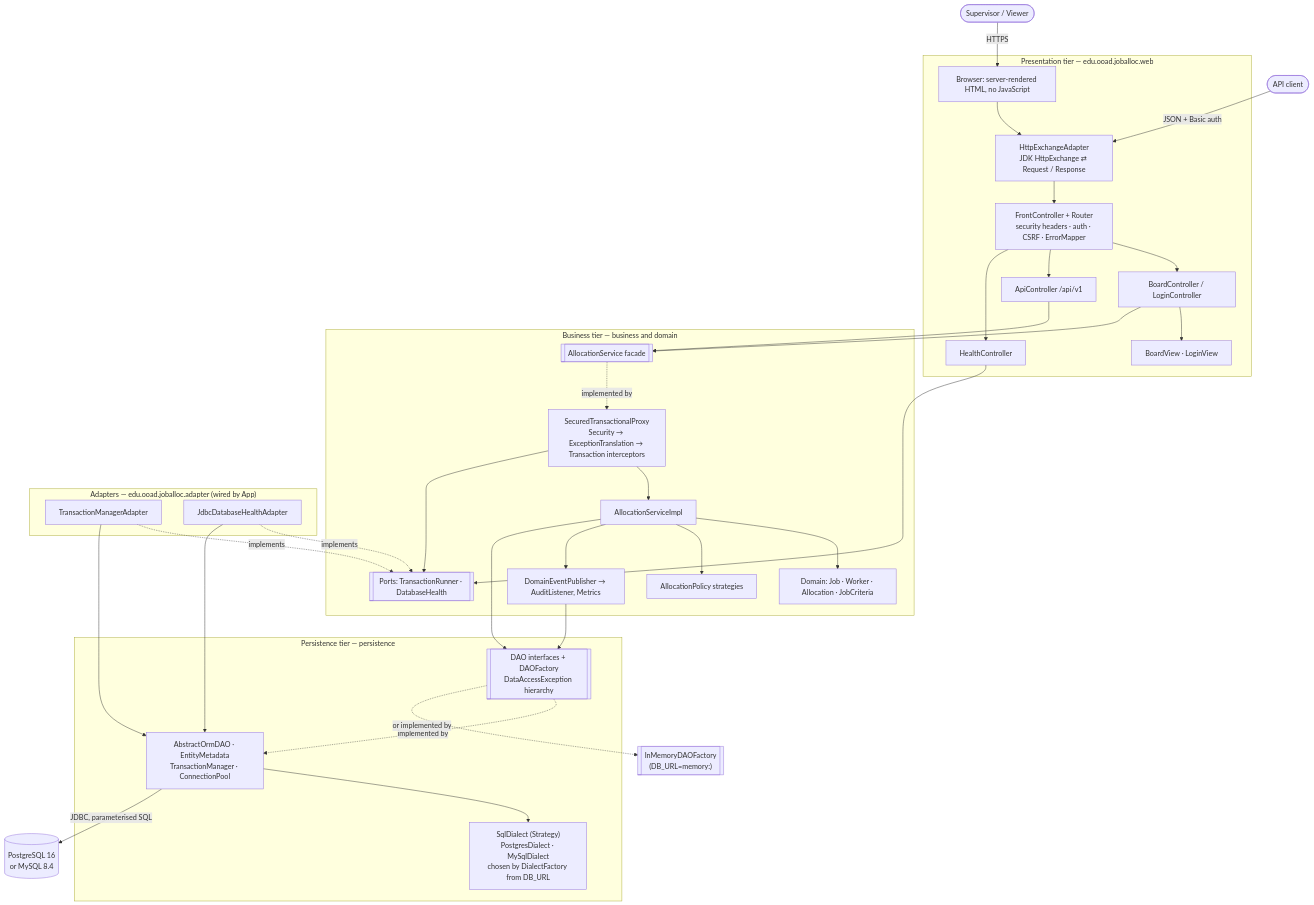
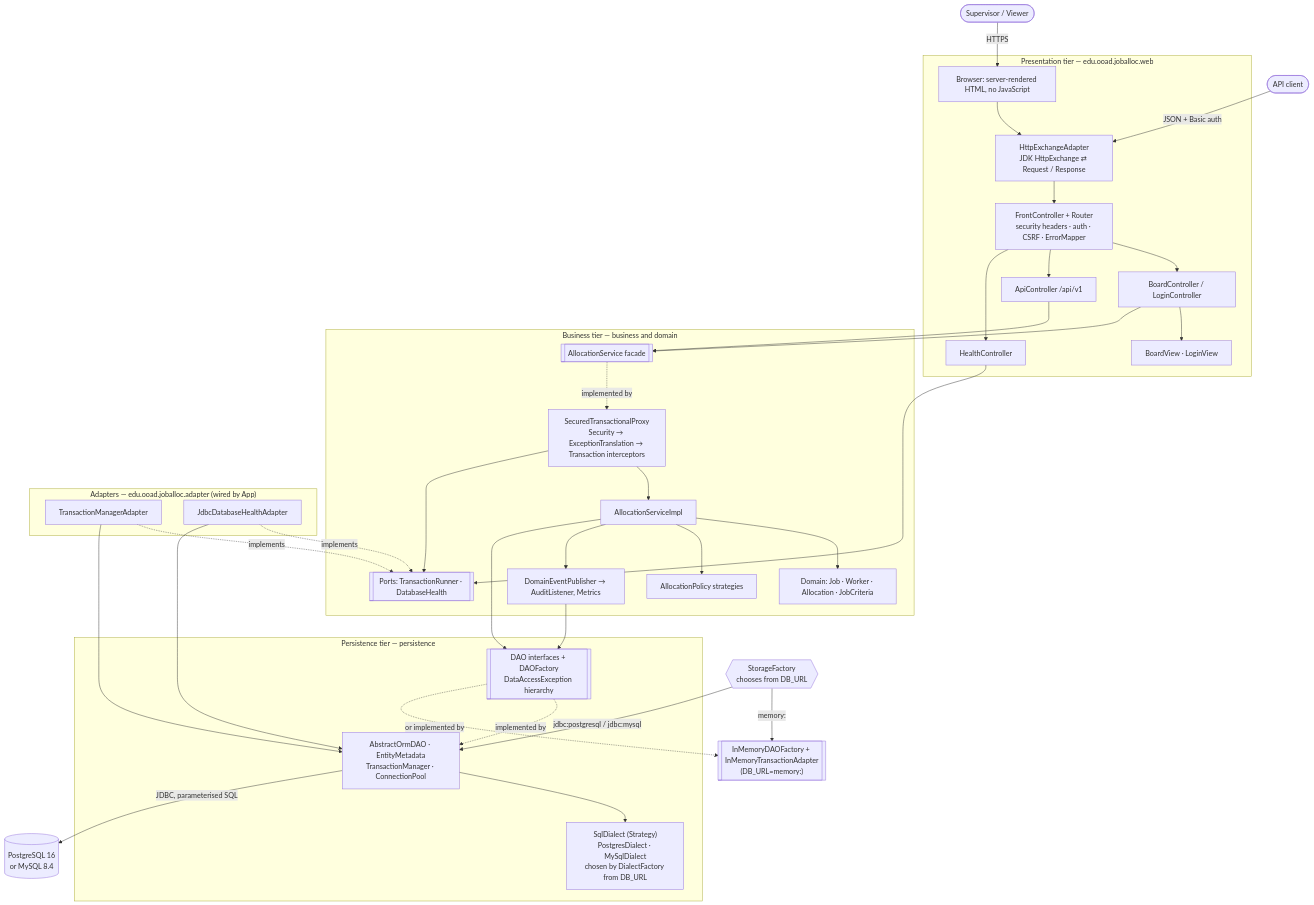
One commit to jaricsng/ooad-3tier-job-allocation changed the first of 4 diagrams in app/docs/architecture.md. Above: the diagram before and after it, drawn with Mermaid. The commit also changed other lines of this file and 116 other files, not shown here.

First line of the commit message:
docs: show PostgreSQL, MySQL and in-memory storage switched by DB_URL in all diagrams and materials (#2)

````diff
--- a/app/docs/architecture.md
+++ b/app/docs/architecture.md
@@ -7,55 +7,58 @@
 ```mermaid
 flowchart TB
     U(["Supervisor / Viewer"]) -->|HTTPS| B["Browser: server-rendered HTML, no JavaScript"]
     C(["API client"]) -->|JSON + Basic auth| HX
 
     subgraph P["Presentation tier — edu.ooad.joballoc.web"]
         B --> HX["HttpExchangeAdapter<br/>JDK HttpExchange ⇄ Request / Response"]
         HX --> FC["FrontController + Router<br/>security headers · auth · CSRF · ErrorMapper"]
         FC --> BC["BoardController / LoginController"]
         FC --> AC["ApiController /api/v1"]
         FC --> HC["HealthController"]
         BC --> V["BoardView · LoginView"]
     end
 
     subgraph BT["Business tier — business and domain"]
         F[["AllocationService facade"]]
         PX["SecuredTransactionalProxy<br/>Security → ExceptionTranslation → Transaction interceptors"]
         S["AllocationServiceImpl"]
         POL["AllocationPolicy strategies"]
         EV["DomainEventPublisher → AuditListener, Metrics"]
         D["Domain: Job · Worker · Allocation · JobCriteria"]
         PORT[["Ports: TransactionRunner · DatabaseHealth"]]
         BC --> F
         AC --> F
         HC --> PORT
         F -.implemented by.-> PX --> S
         PX --> PORT
         S --> D
         S --> POL
         S --> EV
     end
 
     subgraph PT["Persistence tier — persistence"]
         DAO[["DAO interfaces + DAOFactory<br/>DataAccessException hierarchy"]]
         ORM["AbstractOrmDAO · EntityMetadata<br/>TransactionManager · ConnectionPool"]
         DIA["SqlDialect (Strategy)<br/>PostgresDialect · MySqlDialect<br/>chosen by DialectFactory from DB_URL"]
         S --> DAO
         EV --> DAO
         DAO -.implemented by.-> ORM
         ORM --> DIA
     end
 
     subgraph AD["Adapters — edu.ooad.joballoc.adapter (wired by App)"]
         TMA["TransactionManagerAdapter"]
         JDH["JdbcDatabaseHealthAdapter"]
     end
     TMA -.implements.-> PORT
     JDH -.implements.-> PORT
     TMA --> ORM
     JDH --> ORM
 
     ORM -->|JDBC, parameterised SQL| DB[("PostgreSQL 16<br/>or MySQL 8.4")]
-    MEM[["InMemoryDAOFactory<br/>(DB_URL=memory:)"]]
+    MEM[["InMemoryDAOFactory + InMemoryTransactionAdapter<br/>(DB_URL=memory:)"]]
     DAO -.or implemented by.-> MEM
+    SF{{"StorageFactory<br/>chooses from DB_URL"}}
+    SF -->|jdbc:postgresql / jdbc:mysql| ORM
+    SF -->|memory:| MEM
 ```
````
